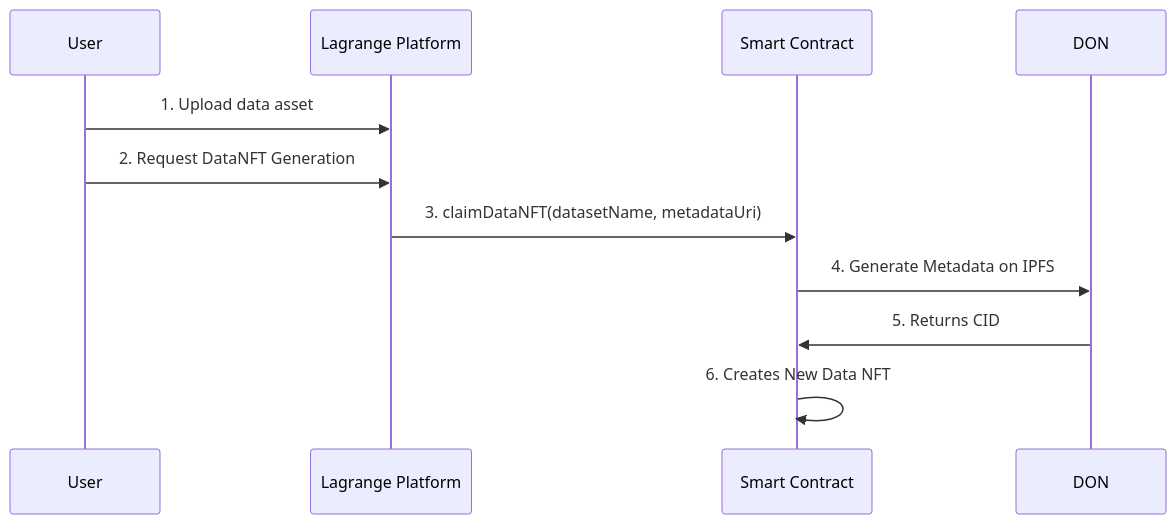
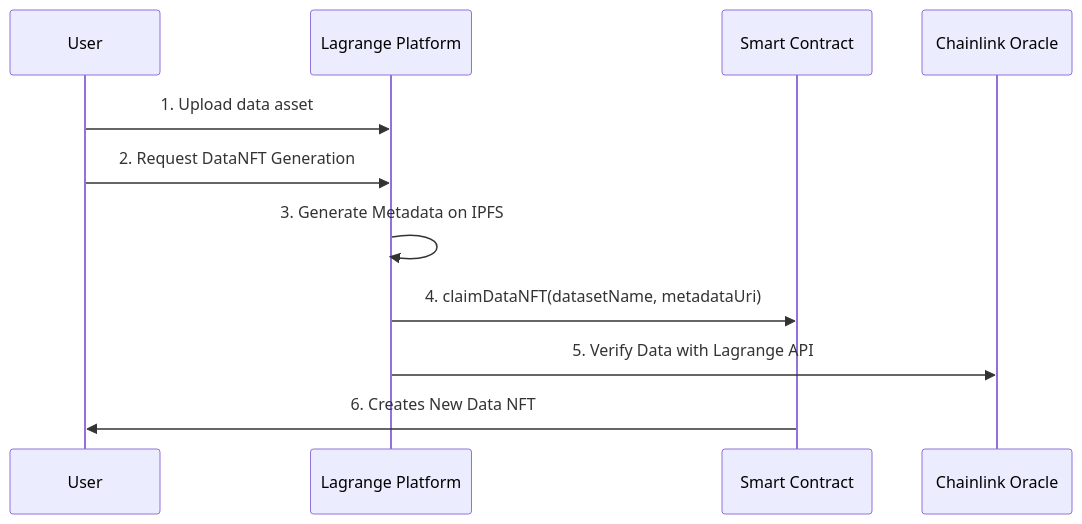
Before and after one commit to lagrangedao/datanft: the diagram in README.md, drawn with Mermaid. The commit also changed other lines of this file, not shown here.

````diff
--- a/README.md
+++ b/README.md
@@ -17,13 +17,13 @@
 ```mermaid
 sequenceDiagram;
   participant User
   participant Lagrange Platform
   participant Smart Contract
-  participant DON
+  participant Chainlink Oracle
     User->>Lagrange Platform: 1. Upload data asset;
     User->>Lagrange Platform: 2. Request DataNFT Generation
-    Lagrange Platform->>Smart Contract: 3. claimDataNFT(datasetName, metadataUri)
-    Smart Contract->>DON: 4. Generate Metadata on IPFS
-    DON->>Smart Contract: 5. Returns CID
-    Smart Contract->>Smart Contract: 6. Creates New Data NFT
+    Lagrange Platform->>Lagrange Platform: 3. Generate Metadata on IPFS
+    Lagrange Platform->>Smart Contract: 4. claimDataNFT(datasetName, metadataUri)
+    Lagrange Platform->>Chainlink Oracle: 5. Verify Data with Lagrange API
+    Smart Contract->>User: 6. Creates New Data NFT
 ```
````
